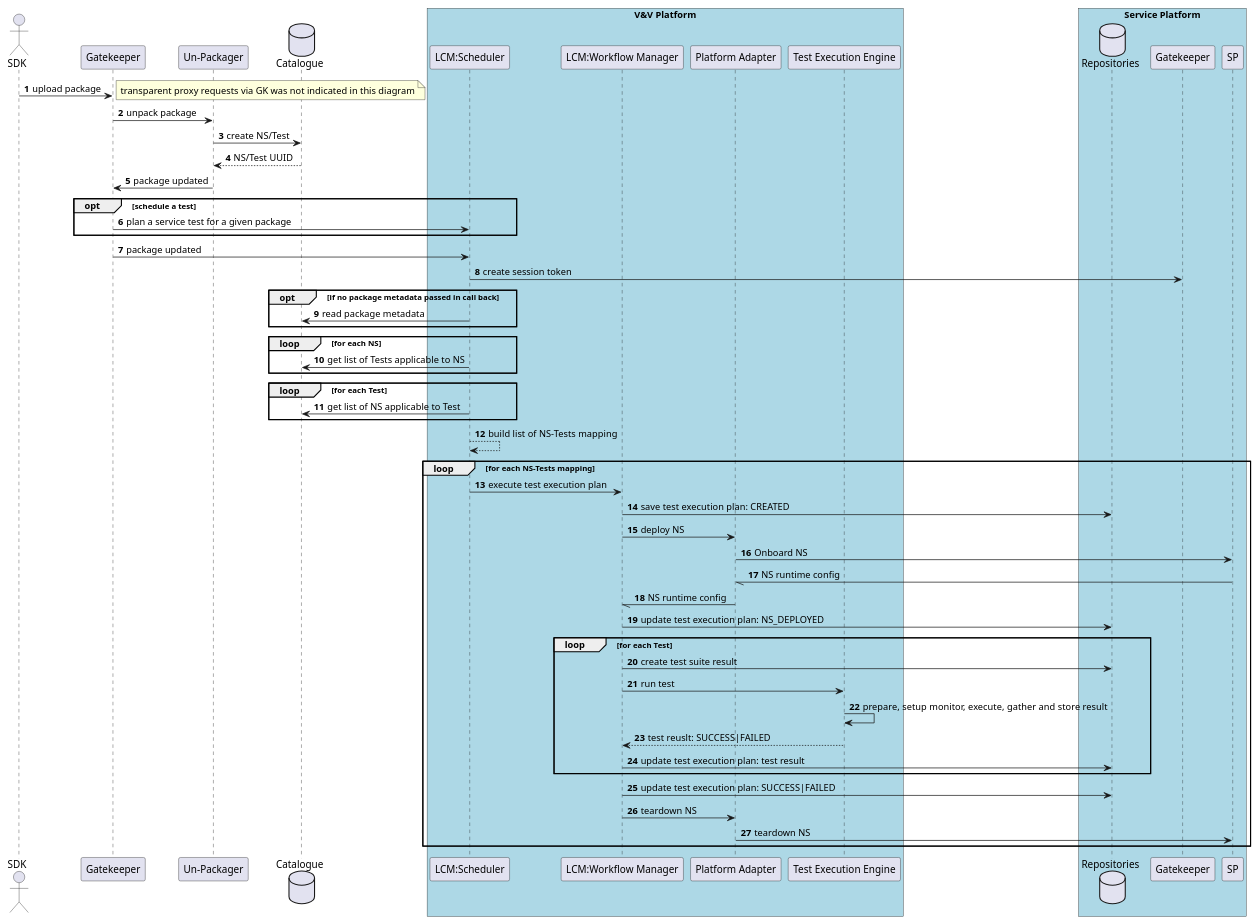
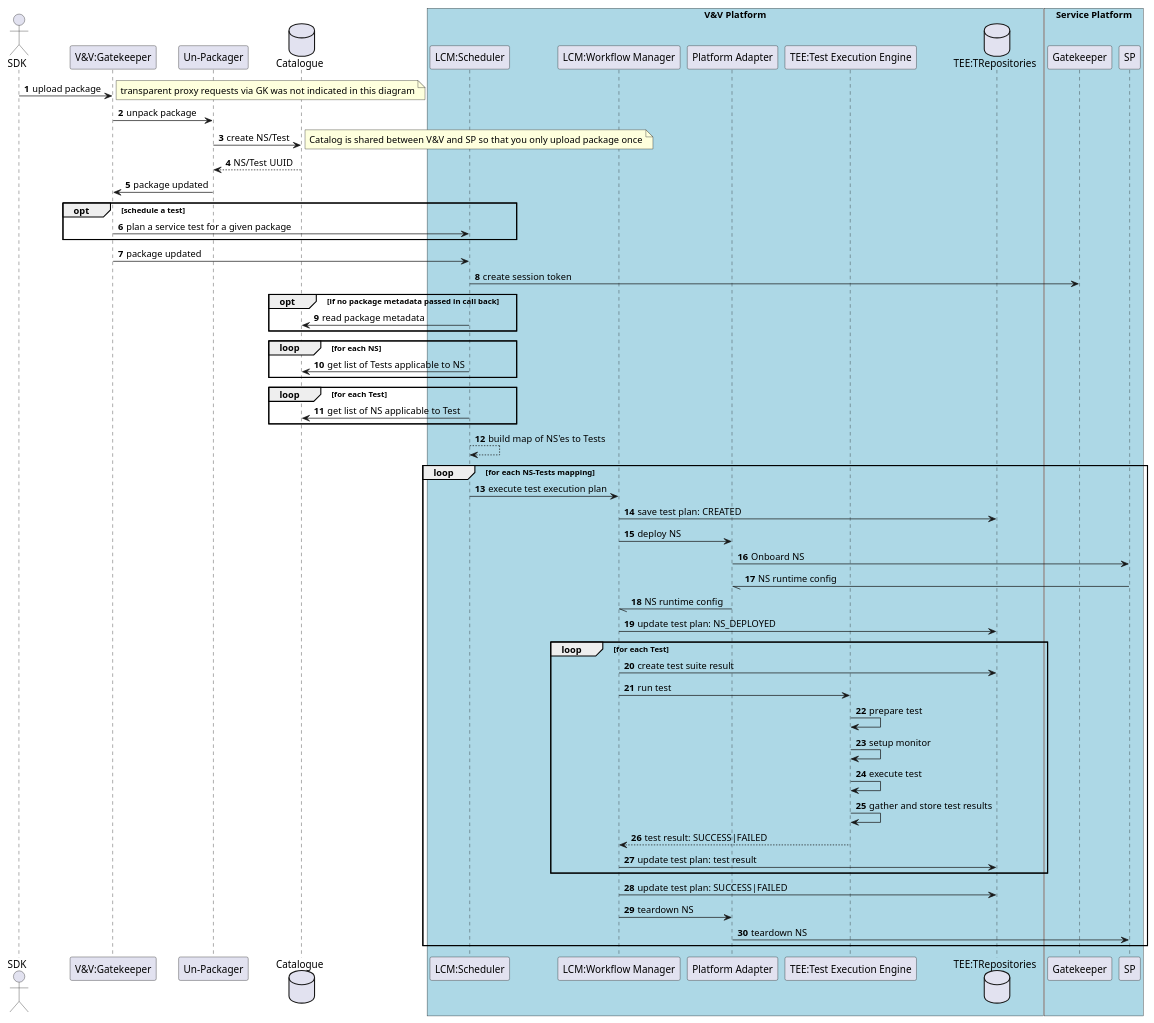
One commit to sonata-nfv/tng-vnv-lcm changed the diagram in src/docs/developer-guide/extensions/overview/vnv_workflow_sequence_current.adoc. Above: the diagram before and after it, drawn with PlantUML. The commit also changed other lines of this file and 1 other file, not shown here.

Commit message:
Reflect current codebase in sequence diagram for V&V

```diff
--- a/src/docs/developer-guide/extensions/overview/vnv_workflow_sequence_current.adoc
+++ b/src/docs/developer-guide/extensions/overview/vnv_workflow_sequence_current.adoc
@@ -3,72 +3,78 @@
 [plantuml,tng-vnv-lcm]
 ----
 
 @startuml
 autonumber
 
 actor "SDK" as SDK
-participant "Gatekeeper" as GK
+participant "V&V:Gatekeeper" as GKofVNV
 participant "Un-Packager" as PKG
 database "Catalogue" as CAT
 box "V&V Platform" #LightBlue
     participant "LCM:Scheduler" as Scheduler
-    participant "LCM:Workflow Manager" as WFE
-'     database "Local Catalogue" as LoCat
-'     todo we need to add the flows around the LoCat above
+    participant "LCM:Workflow Manager" as WFMGR
+'     database "Local Catalogue" as LOCAT
+'     todo we need to add the flows around the LOCAT above
     participant "Platform Adapter" as PA
-    participant "Test Execution Engine" as TEE
+    participant "TEE:Test Execution Engine" as TEE
+    database "TEE:TRepositories" as TRR
 end box
 
 box "Service Platform" #LightBlue
-database "Repositories" as TRR
     participant "Gatekeeper" as GKofSP
     participant "SP" as TPM
 end box
 
-SDK -> GK : upload package
+SDK -> GKofVNV : upload package
 note right : transparent proxy requests via GK was not indicated in this diagram
-GK -> PKG : unpack package
+GKofVNV -> PKG : unpack package
 PKG -> CAT : create NS/Test
+note right : Catalog is shared between V&V and SP so that you only upload package once
 CAT --> PKG : NS/Test UUID
-PKG -> GK : package updated
+PKG -> GKofVNV : package updated
 
 opt schedule a test
-    GK -> Scheduler : plan a service test for a given package
+    'Scheduler.schedule(PackageMetadata packageMetadata)
+    GKofVNV -> Scheduler : plan a service test for a given package
 end
-GK -> Scheduler : package updated
+GKofVNV -> Scheduler : package updated
 Scheduler -> GKofSP : create session token
 opt if no package metadata passed in call back
+    'Scheduler.discoverAssociatedNssAndTests(PackageMetadata packageMetadata)
     Scheduler -> CAT : read package metadata
 end
 loop for each NS
       Scheduler -> CAT : get list of Tests applicable to NS
 end
 loop for each Test
       Scheduler -> CAT : get list of NS applicable to Test
 end
-Scheduler --> Scheduler : build list of NS-Tests mapping
+Scheduler --> Scheduler : build map of NS'es to Tests
 
 
 loop for each NS-Tests mapping
-        Scheduler -> WFE : execute test execution plan
-        WFE -> TRR : save test execution plan: CREATED
-        WFE -> PA : deploy NS
+        Scheduler -> WFMGR : execute test execution plan
+        WFMGR -> TRR : save test plan: CREATED
+        WFMGR -> PA : deploy NS
         PA -> TPM : Onboard NS
         PA \\- TPM : NS runtime config
-        WFE \\- PA : NS runtime config
-        WFE -> TRR : update test execution plan: NS_DEPLOYED
+        WFMGR \\- PA : NS runtime config
+        WFMGR -> TRR : update test plan: NS_DEPLOYED
         loop for each Test
-              WFE -> TRR : create test suite result
-              WFE -> TEE : run test
-              TEE -> TEE : prepare, setup monitor, execute, gather and store result
-              TEE --> WFE : test reuslt: SUCCESS|FAILED
-              WFE -> TRR : update test execution plan: test result
+              WFMGR -> TRR : create test suite result
+              WFMGR -> TEE : run test
+              TEE -> TEE : prepare test
+              TEE -> TEE : setup monitor
+              TEE -> TEE : execute test
+              TEE -> TEE : gather and store test results
+              TEE --> WFMGR : test result: SUCCESS|FAILED
+              WFMGR -> TRR : update test plan: test result
         end
-        WFE -> TRR : update test execution plan: SUCCESS|FAILED
-        WFE -> PA : teardown NS
+        WFMGR -> TRR : update test plan: SUCCESS|FAILED
+        WFMGR -> PA : teardown NS
         PA -> TPM : teardown NS
 end
 
 @enduml
 
 ----
```
